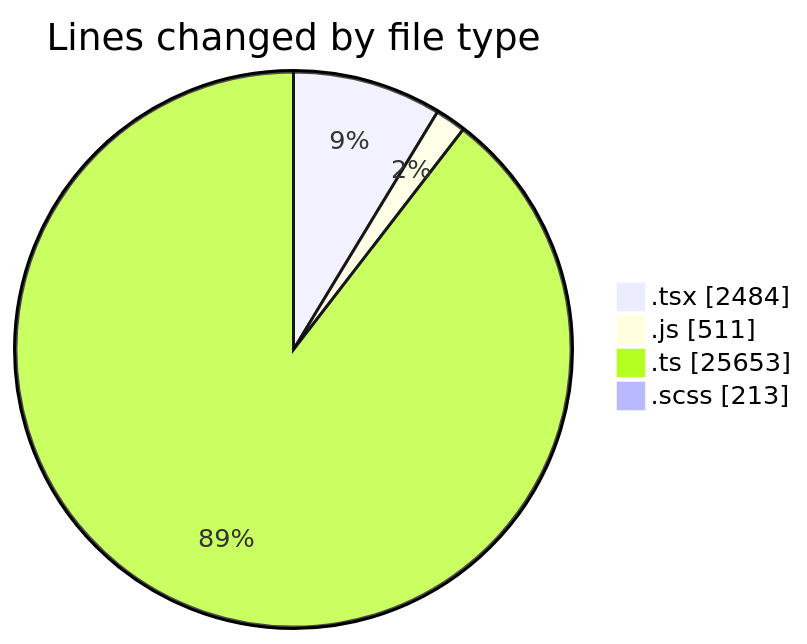
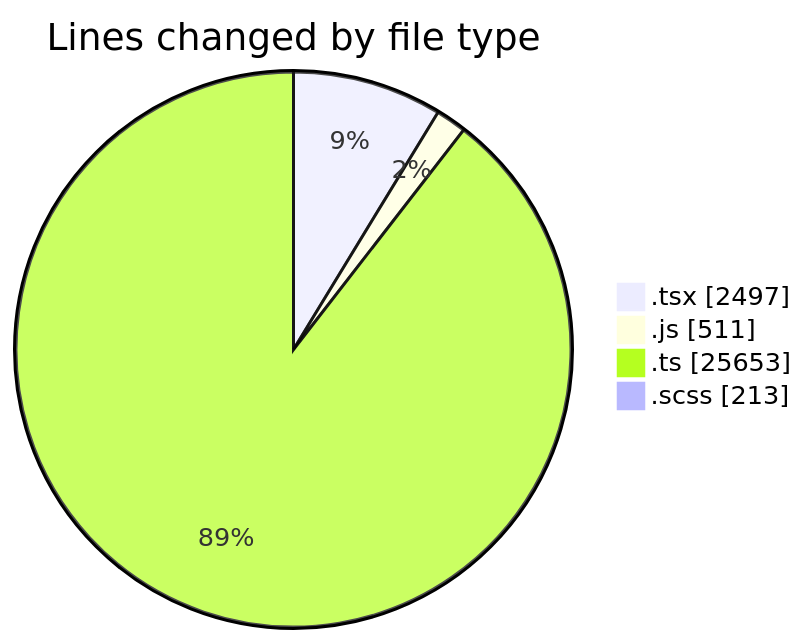
One commit to momahboobian/code-tracking changed the first of 2 diagrams in 2025-06-30/cda/README.md. Above: the diagram before and after it, drawn with Mermaid. The commit also changed other lines of this file and 1 other file, not shown here.

````diff
--- a/2025-06-30/cda/README.md
+++ b/2025-06-30/cda/README.md
@@ -41,8 +41,8 @@
 ```mermaid
 pie showData
 title Lines changed by file type
-".tsx" : 2484
+".tsx" : 2497
 ".js" : 511
 ".ts" : 25653
 ".scss" : 213
 ```
````
